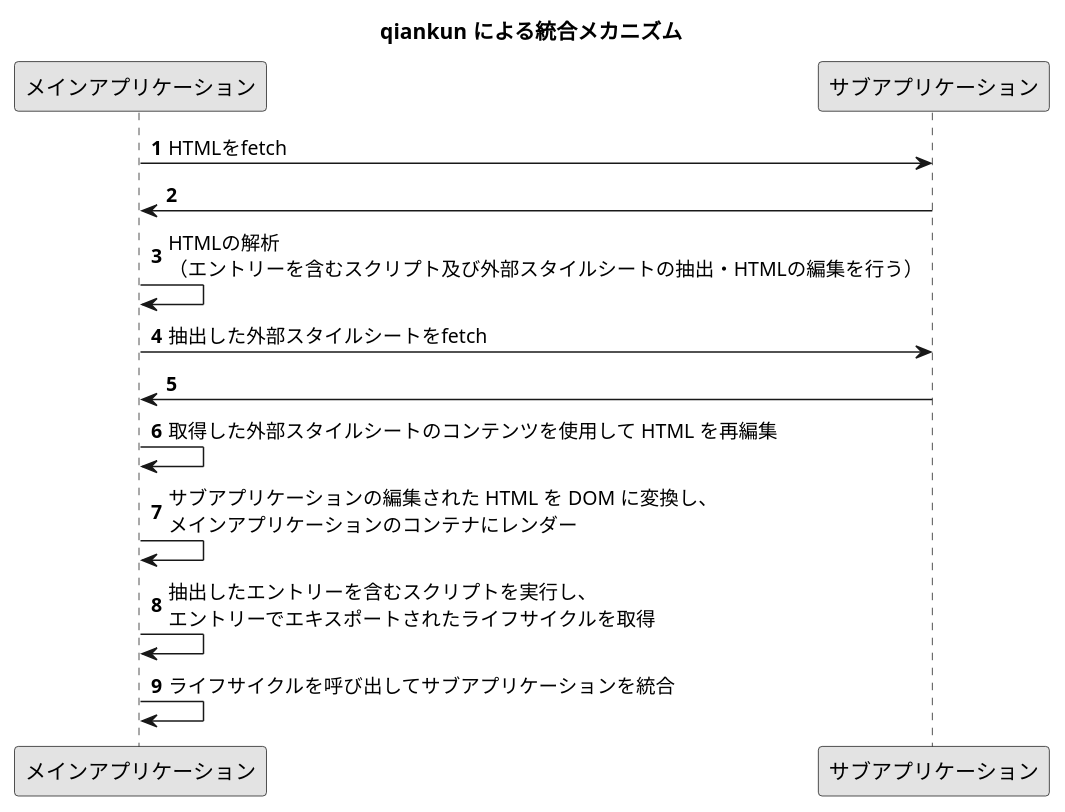
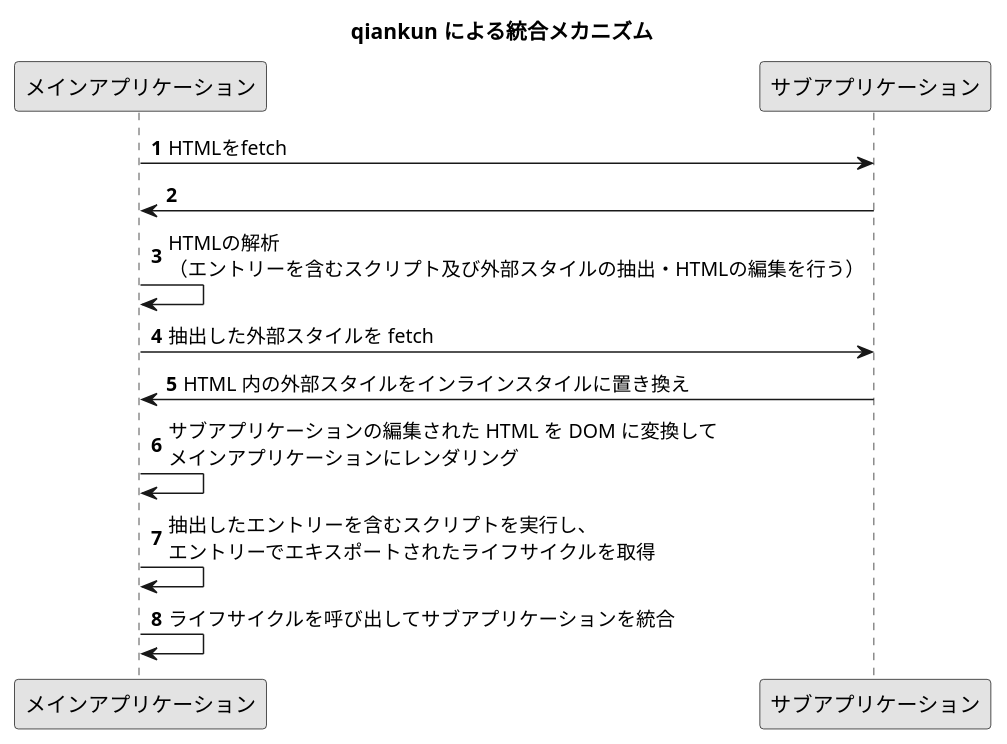
Before and after one commit to kotarella1110/zenn-docs: the diagram in articles/d49fa1286c6349.md, drawn with PlantUML. The commit also changed other lines of this file, not shown here.

````diff
--- a/articles/d49fa1286c6349.md
+++ b/articles/d49fa1286c6349.md
@@ -185,25 +185,24 @@
 ```plantuml
 @startuml
 
 skinparam monochrome true
 skinparam shadowing false
 
 title qiankun による統合メカニズム
 
 participant "メインアプリケーション" as mainApp
 participant "サブアプリケーション" as subApp
 
 autonumber
 
 mainApp -> subApp: HTMLをfetch
 subApp -> mainApp
-mainApp -> mainApp: HTMLの解析\n（エントリーを含むスクリプト及び外部スタイルシートの抽出・HTMLの編集を行う）
-mainApp -> subApp: 抽出した外部スタイルシートをfetch
-subApp -> mainApp
-mainApp -> mainApp: 取得した外部スタイルシートのコンテンツを使用して HTML を再編集
-mainApp -> mainApp: サブアプリケーションの編集された HTML を DOM に変換し、\nメインアプリケーションのコンテナにレンダー
+mainApp -> mainApp: HTMLの解析\n（エントリーを含むスクリプト及び外部スタイルの抽出・HTMLの編集を行う）
+mainApp -> subApp: 抽出した外部スタイルを fetch
+subApp -> mainApp: HTML 内の外部スタイルをインラインスタイルに置き換え
+mainApp -> mainApp: サブアプリケーションの編集された HTML を DOM に変換して\nメインアプリケーションにレンダリング
 mainApp -> mainApp: 抽出したエントリーを含むスクリプトを実行し、\nエントリーでエキスポートされたライフサイクルを取得
 mainApp -> mainApp: ライフサイクルを呼び出してサブアプリケーションを統合
 
 @enduml
 ```
````
